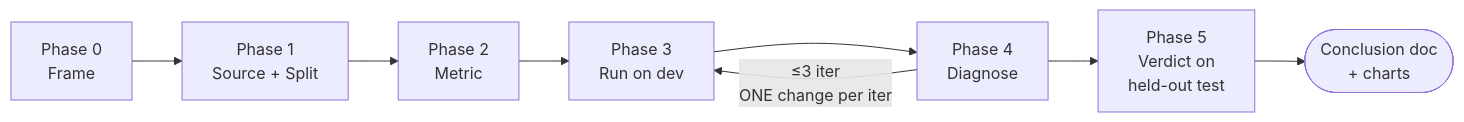
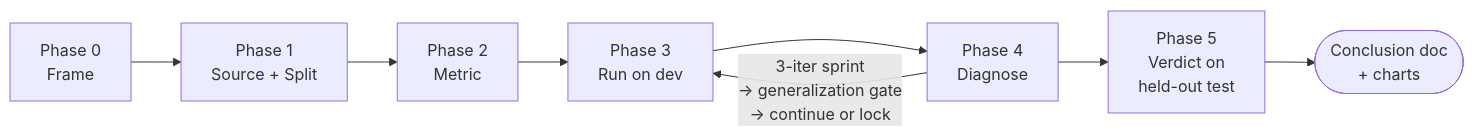
Before and after one commit to clfhaha1234/auto-lab: the diagram in SKILL.md, drawn with Mermaid. The commit also changed other lines of this file and 3 other files, not shown here.

````diff
--- a/SKILL.md
+++ b/SKILL.md
@@ -12,10 +12,10 @@
 ```mermaid
 flowchart LR
     F["Phase 0<br/>Frame"] --> S["Phase 1<br/>Source + Split"]
     S --> M["Phase 2<br/>Metric"]
     M --> R["Phase 3<br/>Run on dev"]
     R --> D["Phase 4<br/>Diagnose"]
-    D -->|"≤3 iter<br/>ONE change per iter"| R
+    D -->|"3-iter sprint<br/>→ generalization gate<br/>→ continue or lock"| R
     D --> V["Phase 5<br/>Verdict on<br/>held-out test"]
     V --> C(["Conclusion doc<br/>+ charts"])
 ```
````
